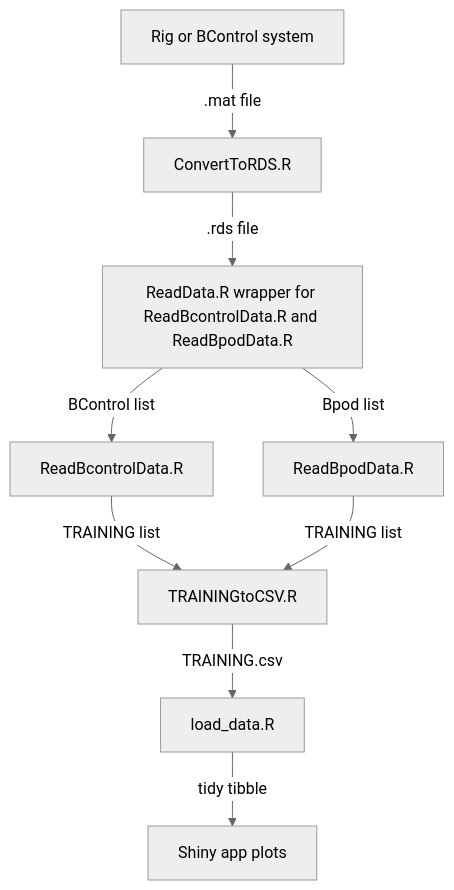
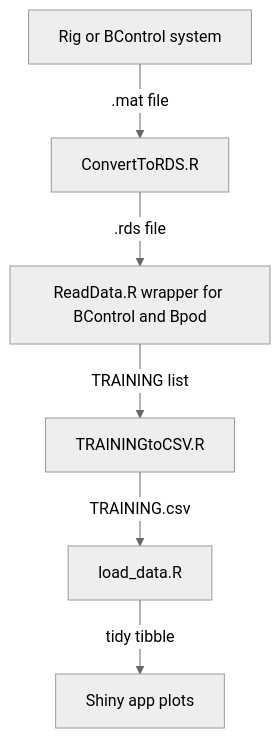
One commit to LIMLabSWC/shiny-performance-tracking changed the diagram in docs/architecture.md. Above: the diagram before and after it, drawn with Mermaid (neutral theme).

Commit message:
update mermaid graph

````diff
--- a/docs/architecture.md
+++ b/docs/architecture.md
@@ -25,15 +25,10 @@
 ```mermaid
 graph TD
 
   %% Step 0: Source
   A[Rig or BControl system] -->|.mat file| B[ConvertToRDS.R]
-  B -->|.rds file| C[ReadData.R wrapper for ReadBcontrolData.R and ReadBpodData.R]
-  C -->|BControl list| D[ReadBcontrolData.R]
-  C -->|Bpod list| E[ReadBpodData.R]
-  D -->|TRAINING list| F[TRAININGtoCSV.R]
-  E -->|TRAINING list| F
-  F -->|TRAINING.csv| G[load_data.R]
-  G -->|tidy tibble| H[Shiny app plots]
-
-
+  B -->|.rds file| C[ReadData.R wrapper for BControl and Bpod]
+  C -->|TRAINING list| D[TRAININGtoCSV.R]
+  D -->|TRAINING.csv| E[load_data.R]
+  E -->|tidy tibble| F[Shiny app plots]
 ```
````
